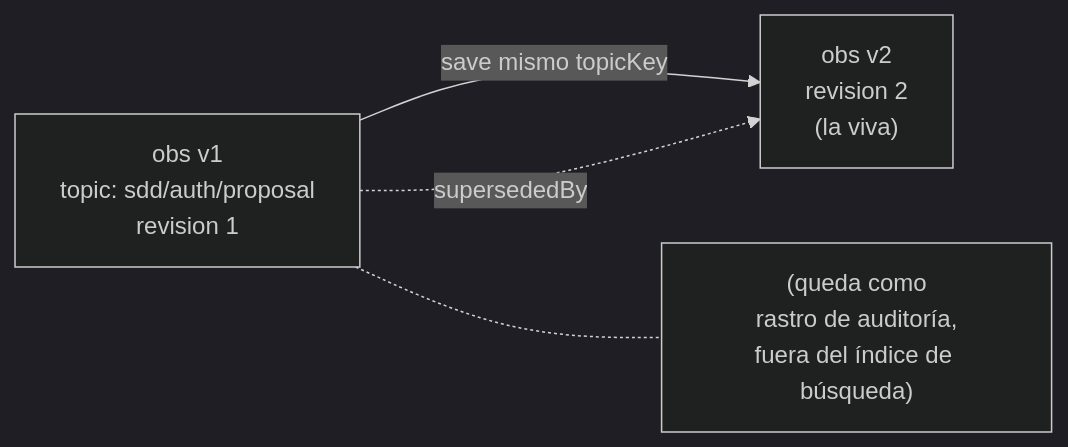
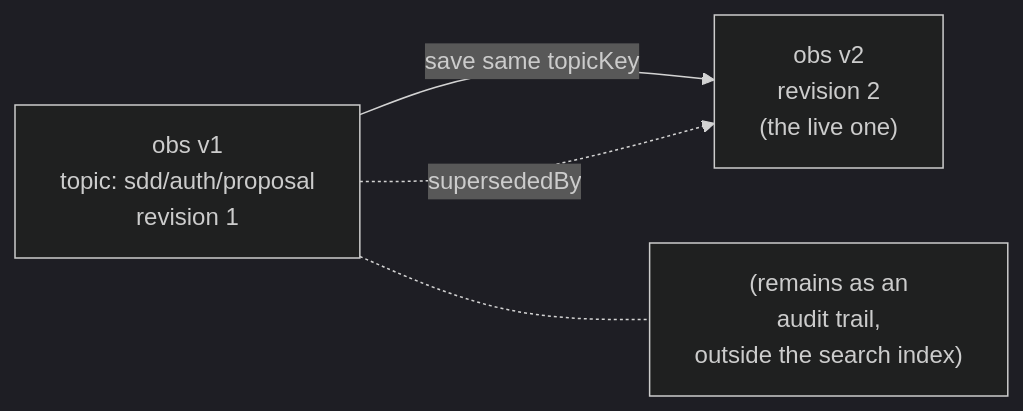
One commit to Kolimar/leina changed the third of 4 diagrams in docs/concepts/04-memoria.md. Above: the diagram before and after it, drawn with Mermaid (dark theme). The commit also changed other lines of this file and 27 other files, not shown here.

````diff
--- a/docs/concepts/04-memoria.md
+++ b/docs/concepts/04-memoria.md
@@ -113,6 +112,6 @@
 ```mermaid
 flowchart LR
-    v1["obs v1<br/>topic: sdd/auth/proposal<br/>revision 1"] -->|save mismo topicKey| v2["obs v2<br/>revision 2<br/>(la viva)"]
+    v1["obs v1<br/>topic: sdd/auth/proposal<br/>revision 1"] -->|save same topicKey| v2["obs v2<br/>revision 2<br/>(the live one)"]
     v1 -.->|supersededBy| v2
-    v1 -.- audit["(queda como<br/>rastro de auditoría,<br/>fuera del índice de búsqueda)"]
+    v1 -.- audit["(remains as an<br/>audit trail,<br/>outside the search index)"]
 ```
````
